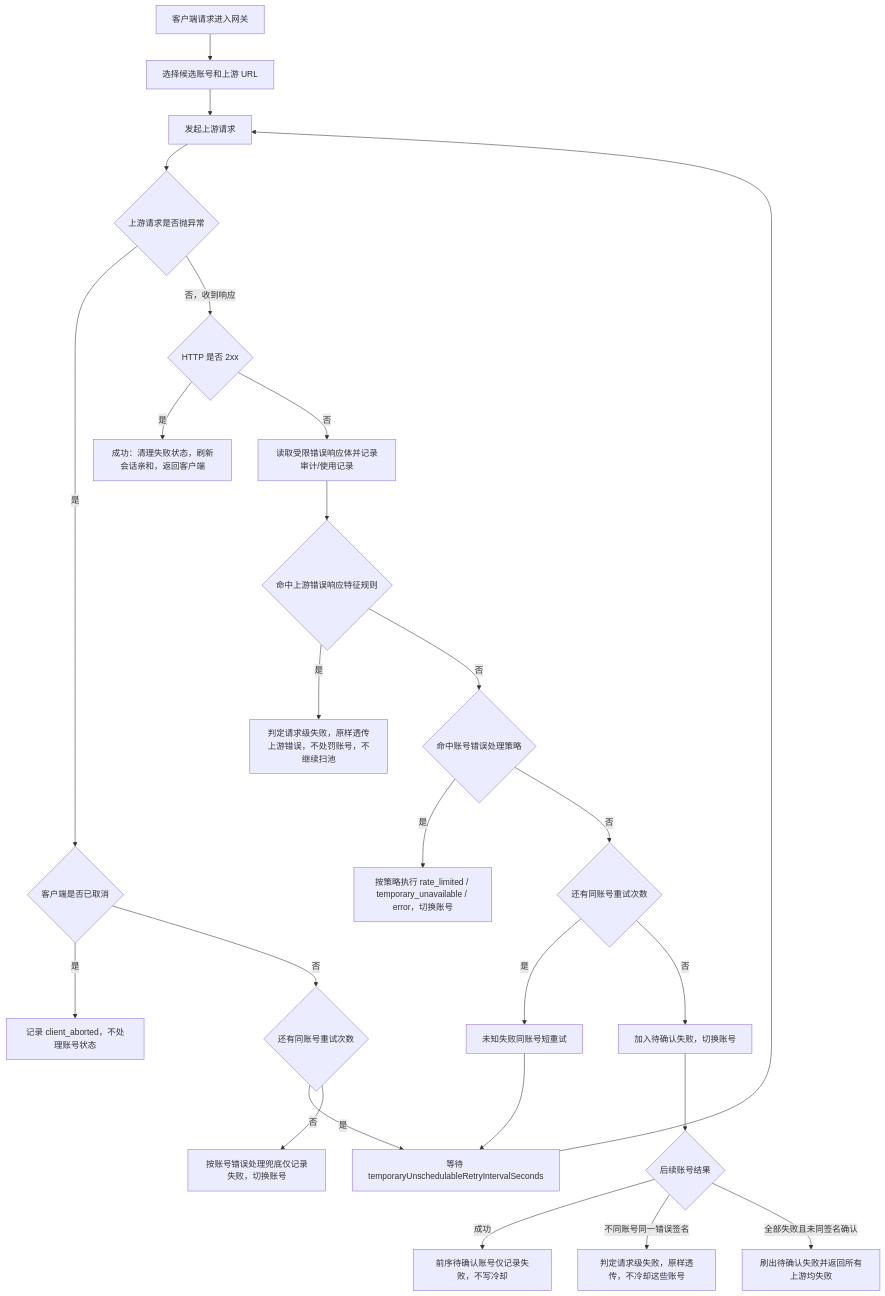
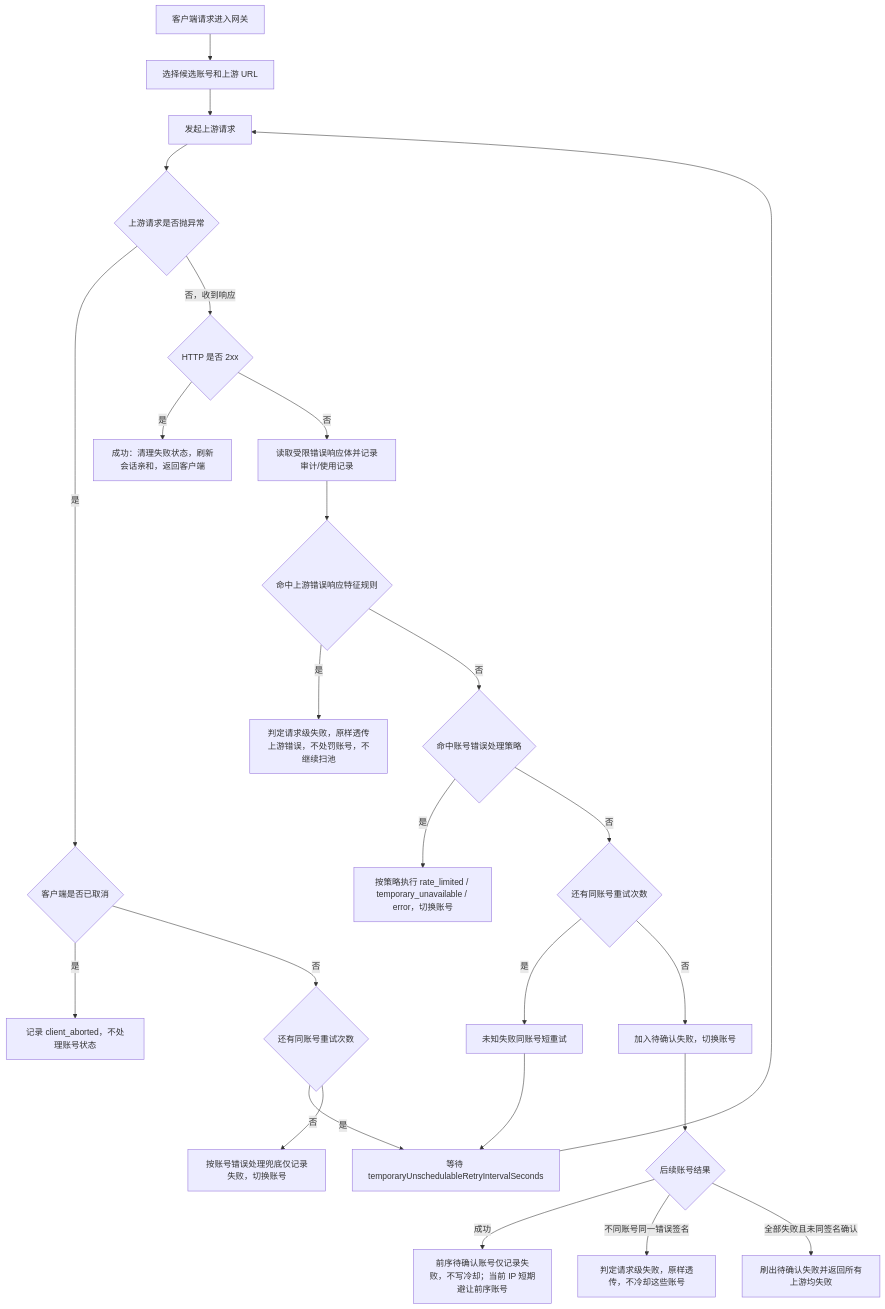
One commit to huanmin123/juhe-ai changed the first of 2 diagrams in docs/functions/网关异常重试与兜底策略.md. Above: the diagram before and after it, drawn with Mermaid. The commit also changed other lines of this file and 133 other files, not shown here.

````diff
--- a/docs/functions/网关异常重试与兜底策略.md
+++ b/docs/functions/网关异常重试与兜底策略.md
@@ -31,28 +32,28 @@
 ```mermaid
 flowchart TD
   A["客户端请求进入网关"] --> B["选择候选账号和上游 URL"]
   B --> C["发起上游请求"]
   C --> D{"上游请求是否抛异常"}
   D -- "是" --> E{"客户端是否已取消"}
   E -- "是" --> F["记录 client_aborted，不处理账号状态"]
   E -- "否" --> G{"还有同账号重试次数"}
   G -- "是" --> H["等待 temporaryUnschedulableRetryIntervalSeconds"]
   H --> C
   G -- "否" --> I["按账号错误处理兜底仅记录失败，切换账号"]
 
   D -- "否，收到响应" --> J{"HTTP 是否 2xx"}
   J -- "是" --> K["成功：清理失败状态，刷新会话亲和，返回客户端"]
   J -- "否" --> L["读取受限错误响应体并记录审计/使用记录"]
   L --> M{"命中上游错误响应特征规则"}
   M -- "是" --> N["判定请求级失败，原样透传上游错误，不处罚账号，不继续扫池"]
   M -- "否" --> O{"命中账号错误处理策略"}
   O -- "是" --> P["按策略执行 rate_limited / temporary_unavailable / error，切换账号"]
   O -- "否" --> Q{"还有同账号重试次数"}
   Q -- "是" --> R["未知失败同账号短重试"]
   R --> H
   Q -- "否" --> S["加入待确认失败，切换账号"]
   S --> T{"后续账号结果"}
-  T -- "成功" --> U["前序待确认账号仅记录失败，不写冷却"]
+  T -- "成功" --> U["前序待确认账号仅记录失败，不写冷却；当前 IP 短期避让前序账号"]
   T -- "不同账号同一错误签名" --> V["判定请求级失败，原样透传，不冷却这些账号"]
   T -- "全部失败且未同签名确认" --> W["刷出待确认失败并返回所有上游均失败"]
 ```
````
